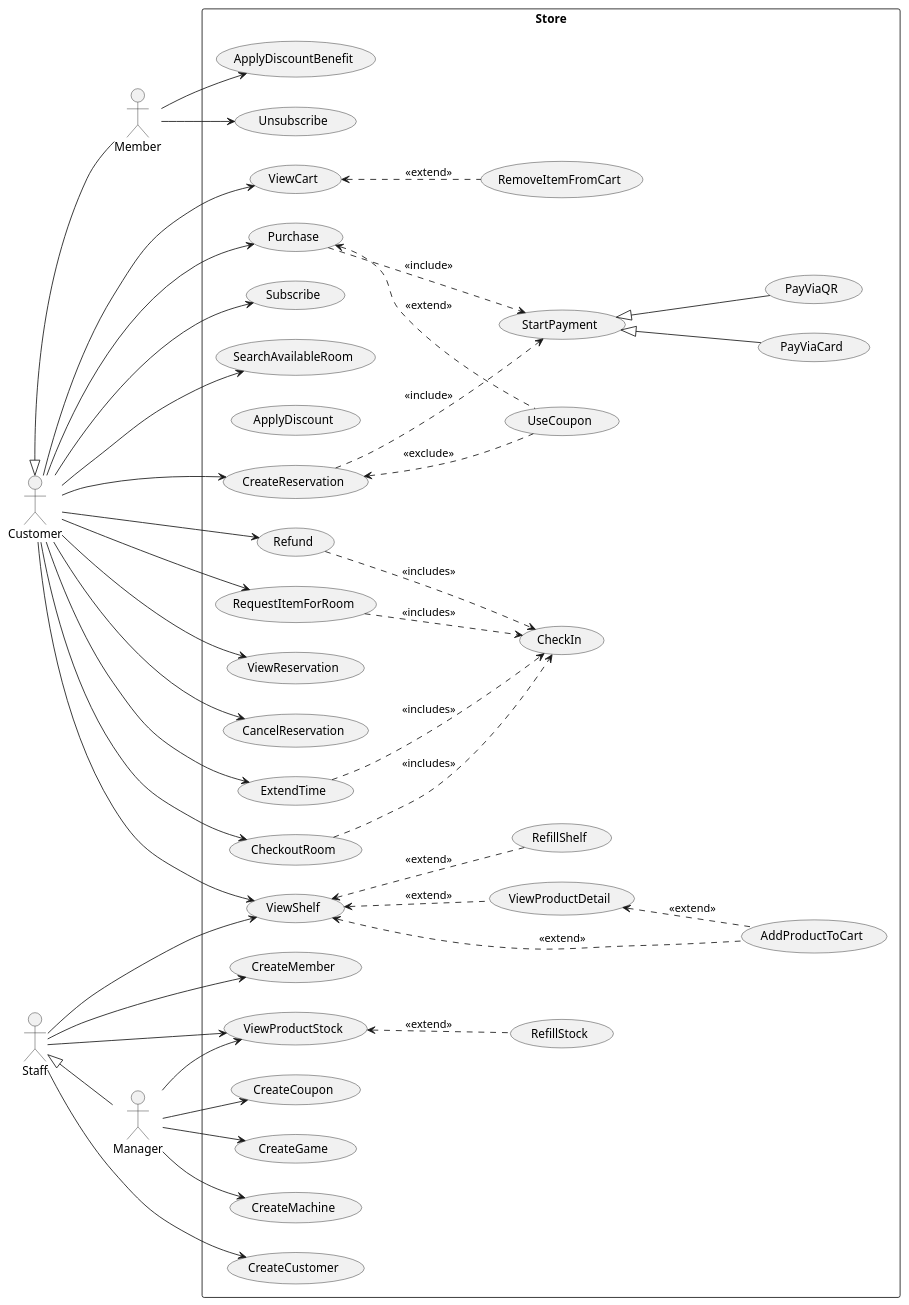
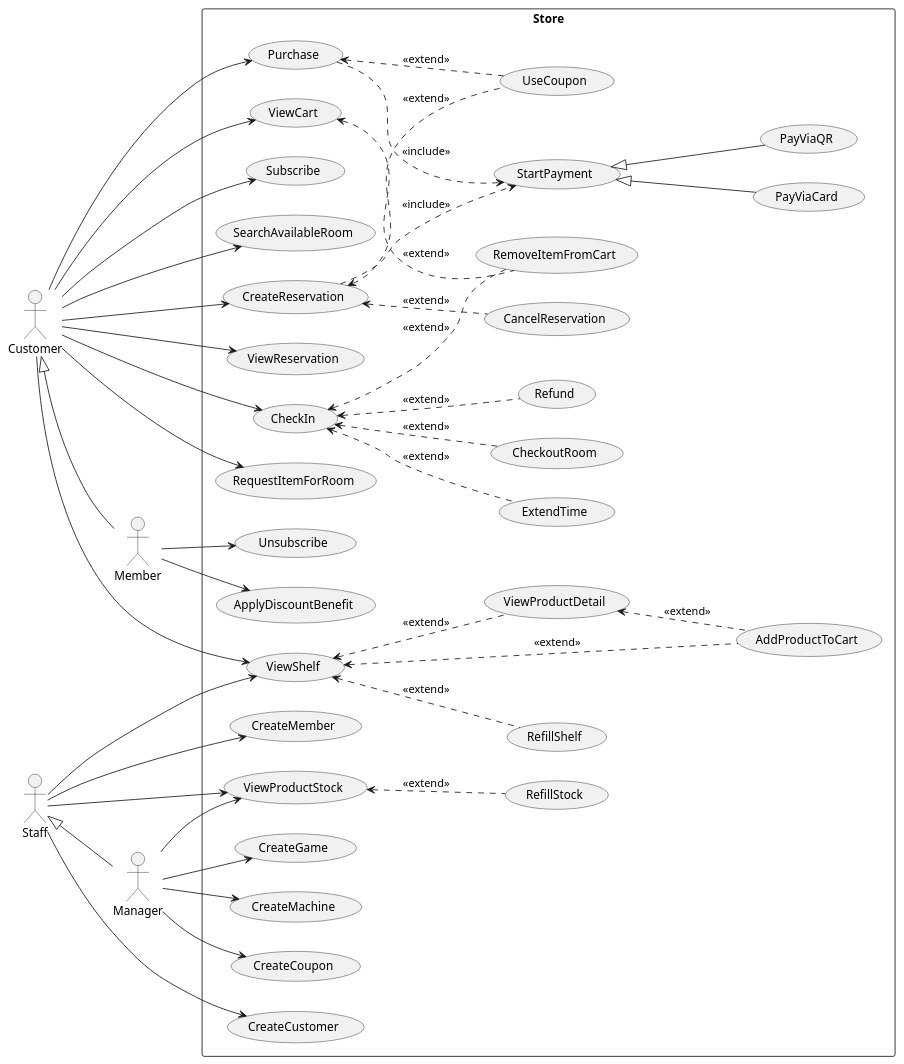
The diagram in UseCaseDiagram/usecase_diagram.puml (WaroonRagwongsiri/OOP_Project), drawn with PlantUML before and after one commit.

Commit message:
Updated Usecase Diagram

```diff
--- a/UseCaseDiagram/usecase_diagram.puml
+++ b/UseCaseDiagram/usecase_diagram.puml
@@ -1,119 +1,114 @@
 @startuml UseCaseDiagram
 left to right direction
 
 ' =========================
 ' Actors (from hierarchy in Class Diagram)
 ' =========================
 actor "Customer" as A_Customer
 actor "Member" as A_Member
 actor "Staff" as A_Staff
 actor "Manager" as A_Manager
 
 A_Customer <|-- A_Member
 A_Staff <|-- A_Manager
 
 rectangle "Store" {
 
 	'Customer'
 	usecase "AddProductToCart" as UC_AddProductToCart
 	usecase "ViewCart" as UC_ViewCart
 	usecase "RemoveItemFromCart" as UC_RemoveItemFromCart
 	usecase "ViewShelf" as UC_ViewShelf
 	usecase "ViewProductDetail" as UC_ViewProductDetail
 	usecase "Purchase" as UC_Purchase
 	usecase "UseCoupon" as UC_UseCoupon
 	usecase "Subscribe" as UC_Subscribe
 
 	'Payment'
 	usecase "StartPayment" as UC_StartPayment
 	usecase "PayViaCard" as UC_PayViaCard
 	usecase "PayViaQR" as UC_PayViaQR
 
 	'Member'
 	usecase "ApplyDiscountBenefit" as UC_ApplyDiscountBenefit
 	usecase "Unsubscribe" as UC_Unsubscribe
 
 	'Staff'
-	usecase "ApplyDiscount" as UC_ApplyDiscount
 	usecase "CreateCustomer" as UC_CreateCustomer
 	usecase "CreateMember" as UC_CreateMember
 
 	'Manager'
 	usecase "CreateGame" as UC_CreateGame
 	usecase "CreateMachine" as UC_CreateMachine
 	usecase "ViewProductStock" as UC_ViewProductStock
 	usecase "ViewShelf" as UC_ViewShelf
 	usecase "RefillShelf" as UC_RefillShelf
 	usecase "CreateCoupon" as UC_CreateCoupon
 	usecase "RefillStock" as UC_RefillStock
 
 	'Room Reservation'
 	usecase "SearchAvailableRoom" as UC_SearchAvailableRoom
 	usecase "CreateReservation" as UC_CreateReservation
 	usecase "ViewReservation" as UC_ViewReservation
 	usecase "CancelReservation" as UC_CancelReservation
 	usecase "CheckIn" as UC_CheckIn
 	usecase "ExtendTime" as UC_ExtendTime
 	usecase "CheckoutRoom" as UC_CheckoutRoom
 	usecase "Refund" as UC_Refund
 	usecase "RequestItemForRoom" as UC_RequestItemForRoom
 }
 
 'Customer'
 A_Customer --> UC_ViewCart
 A_Customer --> UC_ViewShelf
 A_Customer --> UC_Purchase
 A_Customer --> UC_Subscribe
-A_Customer --> UC_Refund
-A_Customer --> UC_ExtendTime
 A_Customer --> UC_RequestItemForRoom
-A_Customer --> UC_CheckoutRoom
+A_Customer --> UC_SearchAvailableRoom
+A_Customer --> UC_CreateReservation
+A_Customer --> UC_ViewReservation
+A_Customer --> UC_CheckIn
 
 UC_ViewShelf <.. UC_AddProductToCart : <<extend>>
 UC_ViewShelf <.. UC_ViewProductDetail : <<extend>>
 
 UC_ViewProductDetail <.. UC_AddProductToCart : <<extend>>
 
 UC_ViewCart <.. UC_RemoveItemFromCart : <<extend>>
 
 UC_Purchase <.. UC_UseCoupon : <<extend>>
 UC_Purchase ..> UC_StartPayment : <<include>>
 
 'Payment'
 UC_StartPayment <|-- UC_PayViaCard
 UC_StartPayment <|-- UC_PayViaQR
 
 'Member'
 A_Member --> UC_ApplyDiscountBenefit
 A_Member --> UC_Unsubscribe
 
 'Staff'
 A_Staff --> UC_ViewProductStock
 A_Staff --> UC_CreateCustomer
 A_Staff --> UC_CreateMember
 A_Staff --> UC_ViewShelf
 
-UC_Refund ..> UC_CheckIn : <<includes>>
-UC_ExtendTime ..> UC_CheckIn : <<includes>>
-UC_RequestItemForRoom ..> UC_CheckIn : <<includes>>
-UC_CheckoutRoom ..> UC_CheckIn : <<includes>>
+UC_CheckIn <.. UC_Refund : <<extend>>
+UC_CheckIn <.. UC_ExtendTime : <<extend>>
+UC_CheckIn <.. UC_RemoveItemFromCart : <<extend>>
+UC_CheckIn <.. UC_CheckoutRoom : <<extend>>
 
 UC_ViewProductStock <.. UC_RefillStock : <<extend>>
 UC_ViewShelf <.. UC_RefillShelf : <<extend>>
 
 'Manager'
 A_Manager --> UC_CreateCoupon
 A_Manager --> UC_ViewProductStock
 A_Manager --> UC_CreateGame
 A_Manager --> UC_CreateMachine
 
-'Customer / Member Reservation
-A_Customer --> UC_SearchAvailableRoom
-A_Customer --> UC_CreateReservation
-A_Customer --> UC_ViewReservation
-A_Customer --> UC_CancelReservation
-
 UC_CreateReservation ..> UC_StartPayment : <<include>>
-UC_CreateReservation <.. UC_UseCoupon : <<exclude>>
+UC_CreateReservation <.. UC_UseCoupon : <<extend>>
+UC_CreateReservation <.. UC_CancelReservation : <<extend>>
 
 @enduml
```
